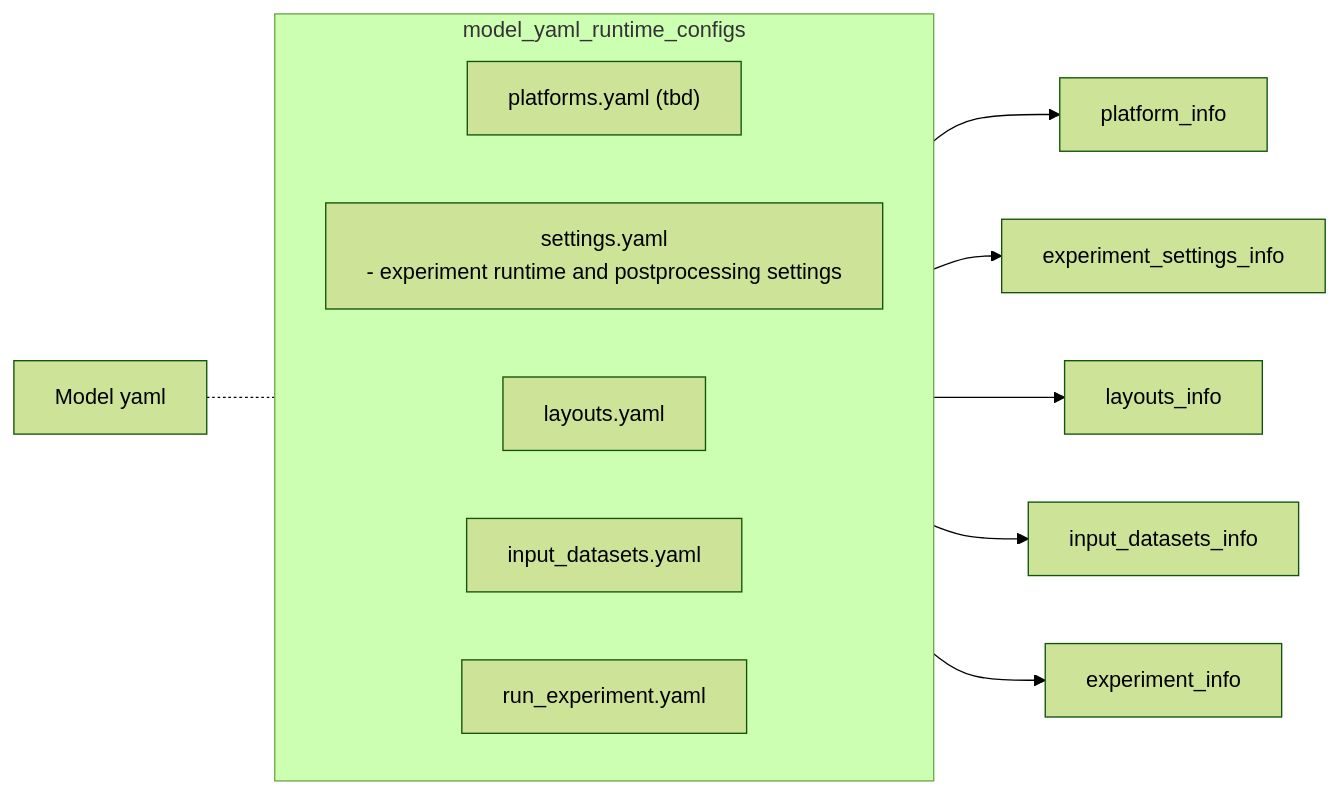
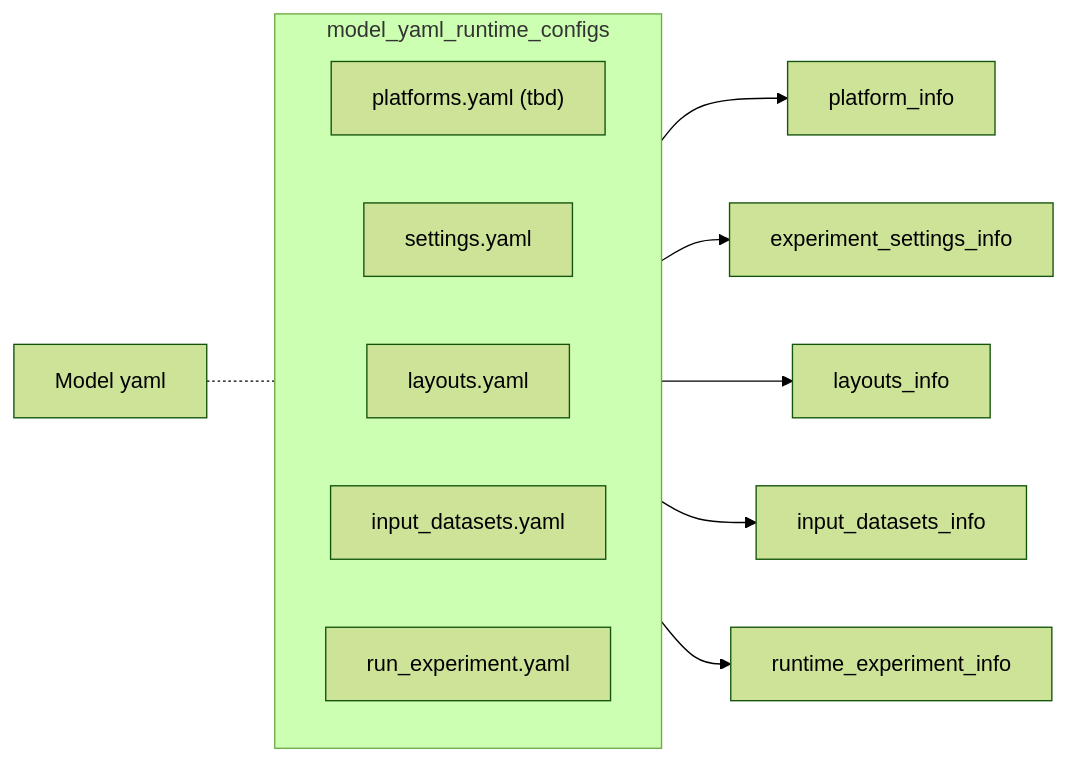
The diagram in fre/run/README.md (NOAA-GFDL/fre-cli), drawn with Mermaid (forest theme) before and after one commit. The commit also changed 1 other file, not shown here.

Commit message:
#906 rename

````diff
--- a/fre/run/README.md
+++ b/fre/run/README.md
@@ -11,25 +11,24 @@
 ```mermaid
 ---
 config:
   flowchart:
     wrappingWidth: '500'
 ---
 flowchart LR
     1[Model yaml]
     subgraph model_yaml_runtime_configs
         direction LR
         2["platforms.yaml (tbd)"]
-        3[settings.yaml
-            - experiment runtime and postprocessing settings]
+        3[settings.yaml]
         4[layouts.yaml]
         5[input_datasets.yaml]
         6[run_experiment.yaml]
     end
     1 -.- model_yaml_runtime_configs
 
 2 --> platform_info
 3 --> experiment_settings_info
 4 --> layouts_info
 5 --> input_datasets_info
-6 --> experiment_info
+6 --> runtime_experiment_info
 ```
````
